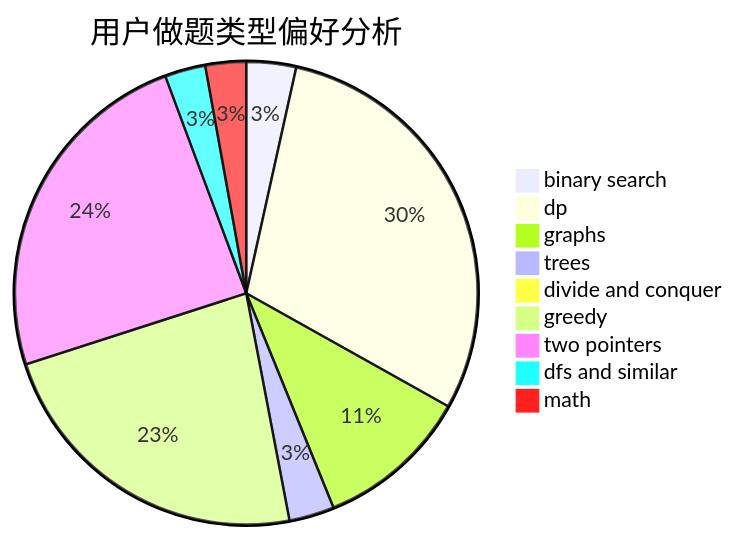
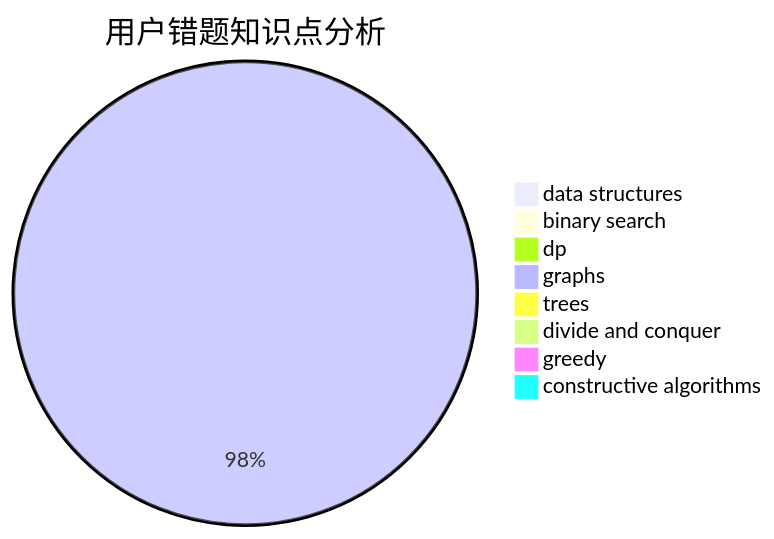
The third of 3 diagrams in docs/user/u2767.md (sherpahu/cfrs.github.io), drawn with Mermaid before and after one commit. The commit also changed other lines of this file and 2775 other files, not shown here.

````diff
--- a/docs/user/u2767.md
+++ b/docs/user/u2767.md
@@ -23,12 +36,11 @@
 ```mermaid
-pie title 用户做题类型偏好分析
-    "binary search" :  11
-    "dp" :  94
-    "graphs" :  34
-    "trees" :  10
+pie title 用户错题知识点分析
+    "data structures" :  22
+    "binary search" :  17
+    "dp" :  14
+    "graphs" :  3215
+    "trees" :  4
     "divide and conquer" :  0
-    "greedy" :  73
-    "two pointers" :  77
-    "dfs and similar" :  9
-    "math" :  9
+    "greedy" :  10
+    "constructive algorithms" :  9
 ```
````
